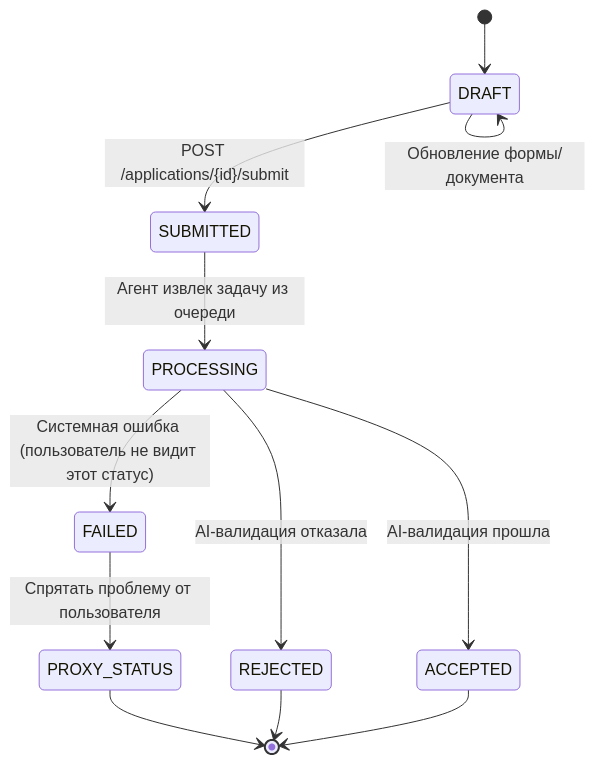
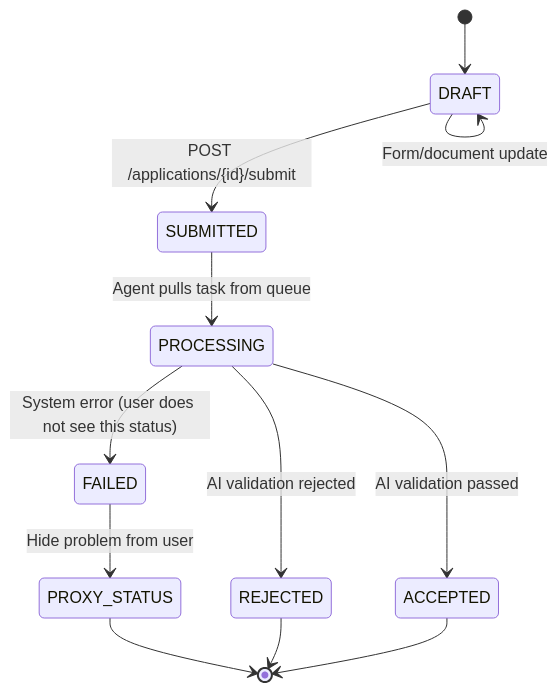
The diagram in Bureaucratic_AI_Agent/architecture/2_Architecture/Architectural_Decisions/Application_Statuses.md (madjar-code/Portfolio_Projects), drawn with Mermaid before and after one commit. The commit also changed other lines of this file and 10 other files, not shown here.

````diff
--- a/Bureaucratic_AI_Agent/architecture/2_Architecture/Architectural_Decisions/Application_Statuses.md
+++ b/Bureaucratic_AI_Agent/architecture/2_Architecture/Architectural_Decisions/Application_Statuses.md
@@ -13,19 +13,19 @@
 ```mermaid
 stateDiagram-v2
     [*] --> DRAFT
     
-    DRAFT --> DRAFT: Обновление формы/документа
+    DRAFT --> DRAFT: Form/document update
     DRAFT --> SUBMITTED: POST /applications/{id}/submit
 
-    SUBMITTED --> PROCESSING: Агент извлек задачу из очереди
+    SUBMITTED --> PROCESSING: Agent pulls task from queue
 
-    PROCESSING --> FAILED: Системная ошибка (пользователь не видит этот статус)
+    PROCESSING --> FAILED: System error (user does not see this status)
 
-    PROCESSING --> REJECTED: AI-валидация отказала
-    PROCESSING --> ACCEPTED: AI-валидация прошла
+    PROCESSING --> REJECTED: AI validation rejected
+    PROCESSING --> ACCEPTED: AI validation passed
 
-    FAILED --> PROXY_STATUS: Спрятать проблему от пользователя
+    FAILED --> PROXY_STATUS: Hide problem from user
     PROXY_STATUS --> [*]
     REJECTED --> [*]
     ACCEPTED --> [*]
 ```
````
